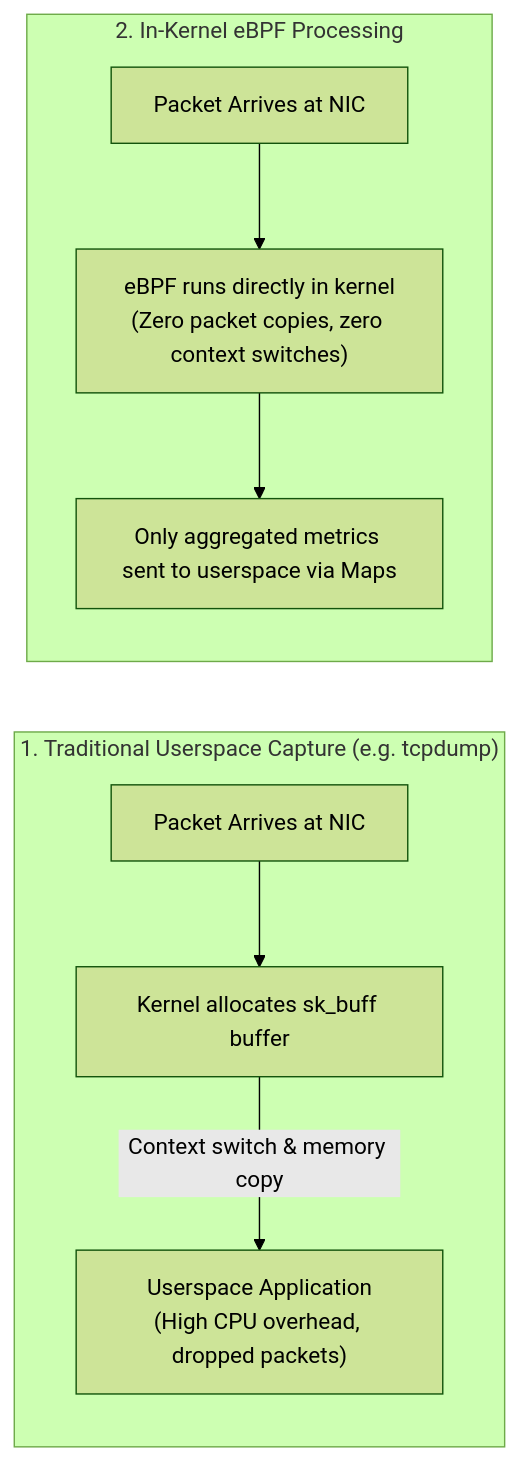
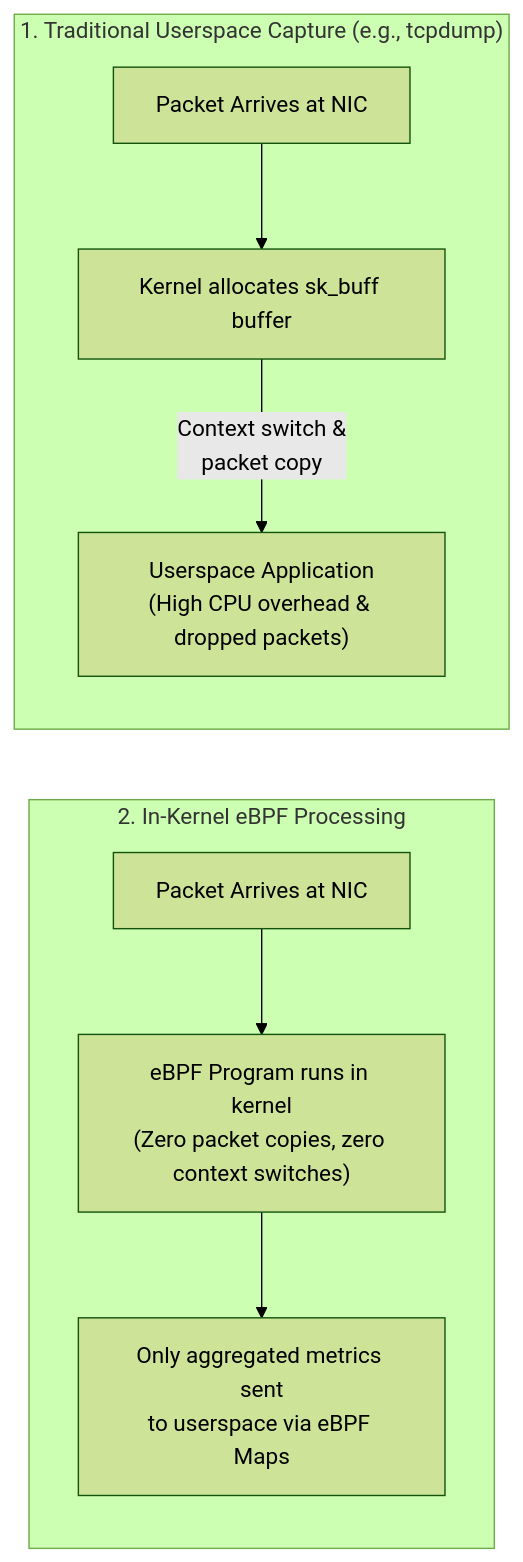
Before and after one commit to T1n777/tinfolio: the first of 9 diagrams in src/content/blog/ebpf-fundamentals.md, drawn with Mermaid (forest theme). The commit also changed 1 other file, not shown here.

Commit message:
fix(blog): ensure userspace diagram renders #1 above #2 with proper line breaks

````diff
--- a/src/content/blog/ebpf-fundamentals.md
+++ b/src/content/blog/ebpf-fundamentals.md
@@ -30,14 +30,16 @@
 ```mermaid
-flowchart LR
-    subgraph Traditional["1. Traditional Userspace Capture (e.g. tcpdump)"]
+flowchart TD
+    subgraph S1["1. Traditional Userspace Capture (e.g., tcpdump)"]
         direction TB
         P1["Packet Arrives at NIC"] --> K1["Kernel allocates sk_buff buffer"]
-        K1 -->|"Context switch & memory copy"| U1["Userspace Application<br/>(High CPU overhead, dropped packets)"]
+        K1 -->|"Context switch &<br/>packet copy"| U1["Userspace Application<br/>(High CPU overhead & dropped packets)"]
     end
 
-    subgraph InKernel["2. In-Kernel eBPF Processing"]
+    subgraph S2["2. In-Kernel eBPF Processing"]
         direction TB
-        P2["Packet Arrives at NIC"] --> E2["eBPF runs directly in kernel<br/>(Zero packet copies, zero context switches)"]
-        E2 --> M2["Only aggregated metrics sent to userspace via Maps"]
+        P2["Packet Arrives at NIC"] --> E2["eBPF Program runs in kernel<br/>(Zero packet copies, zero context switches)"]
+        E2 --> M2["Only aggregated metrics sent<br/>to userspace via eBPF Maps"]
     end
+
+    U1 ~~~ P2
 ```
````
